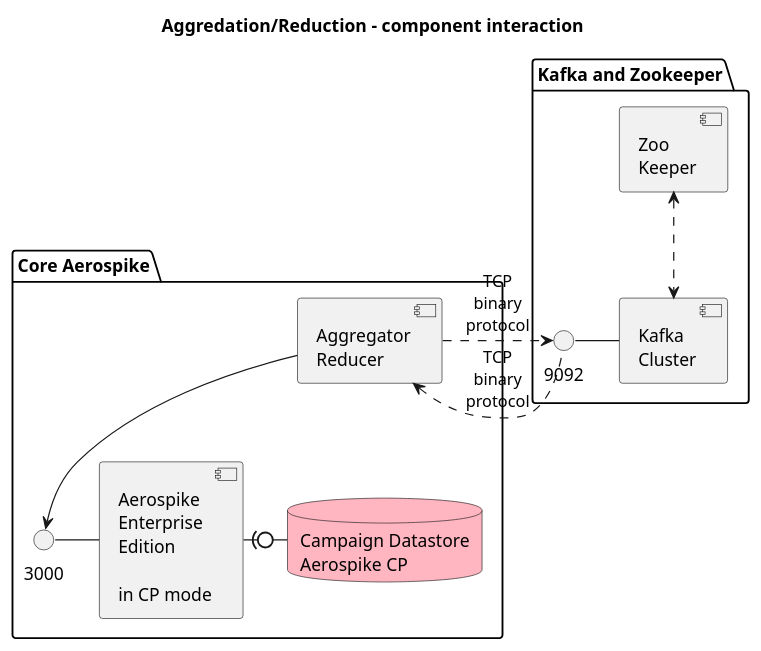
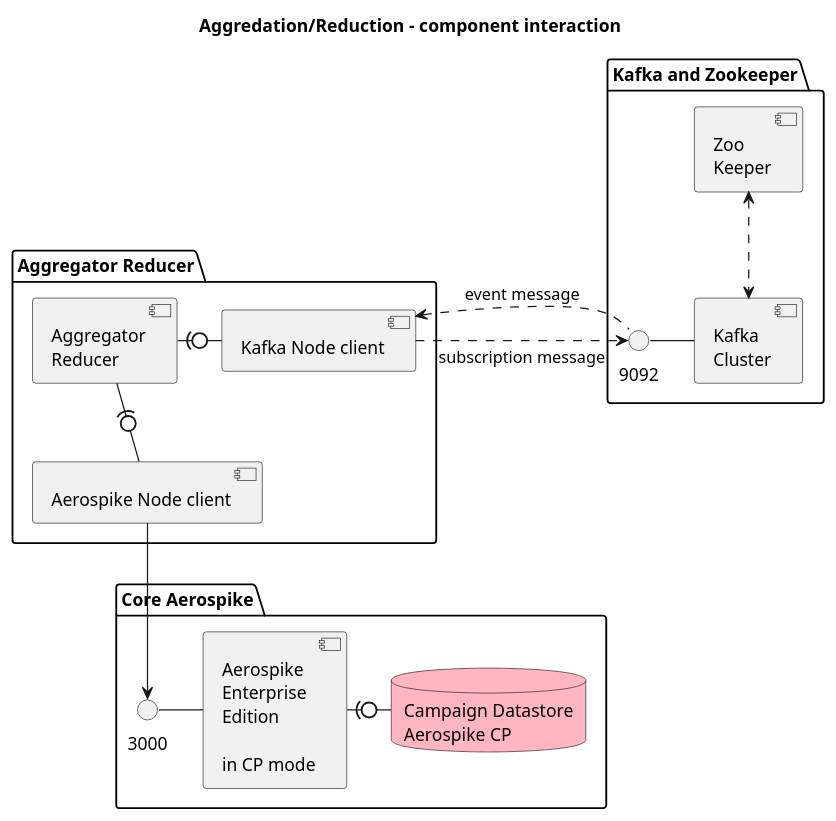
One commit to helipilot50/real-time-reporting-aerospike-kafka changed the diagram in architecture/core-component-detail.puml. Above: the diagram before and after it, drawn with PlantUML.

Commit message:
no message

```diff
--- a/architecture/core-component-detail.puml
+++ b/architecture/core-component-detail.puml
@@ -1,33 +1,37 @@
 @startuml
 skinparam componentStyle uml2
 
 title Aggredation/Reduction - component interaction
-
-
+package "Aggregator Reducer" {
+  component "Aerospike Node client" as asNode3
+  component "Kafka Node client" as asNode4
+  component "Aggregator\nReducer" as aggReduce
+  aggReduce -d(0- asNode3
+   aggReduce -r(0- asNode4
+}
 package "Core Aerospike" {
     () "3000" as ascSocket
     component "Aerospike\nEnterprise\nEdition\n\nin CP mode" as asCore
-    component "Aggregator\nReducer" as aggReduce
     ascSocket - asCore
     database "Campaign Datastore\nAerospike CP" as core #LightPink
     asCore -r(0- core
 }
 
 package "Kafka and Zookeeper" {
     ' component [Kafka\nCli] as kafCli
     () "9092" as kafClient
     component [Kafka\nCluster] as kafCluster
     kafClient - kafCluster
 
     component [Zoo\nKeeper] as zookeeper
 }
 
-aggReduce .r.> kafClient: TCP\nbinary\nprotocol
-aggReduce <.r. kafClient: TCP\nbinary\nprotocol
-aggReduce --> ascSocket
+asNode4 .r.> kafClient: subscription message
+asNode4 <.r. kafClient: event message
+asNode3 --> ascSocket
 zookeeper <..> kafCluster
 ' kafCli <.. kafClient: TCP\nbinary\nprotocol
 
 
 
 @enduml
```
